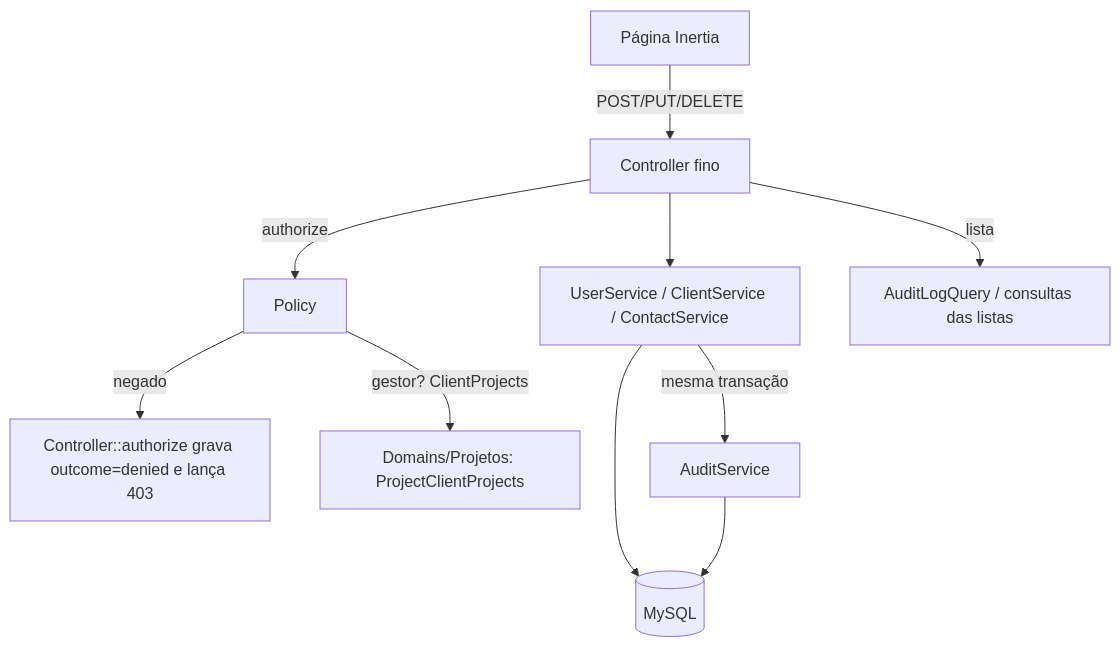
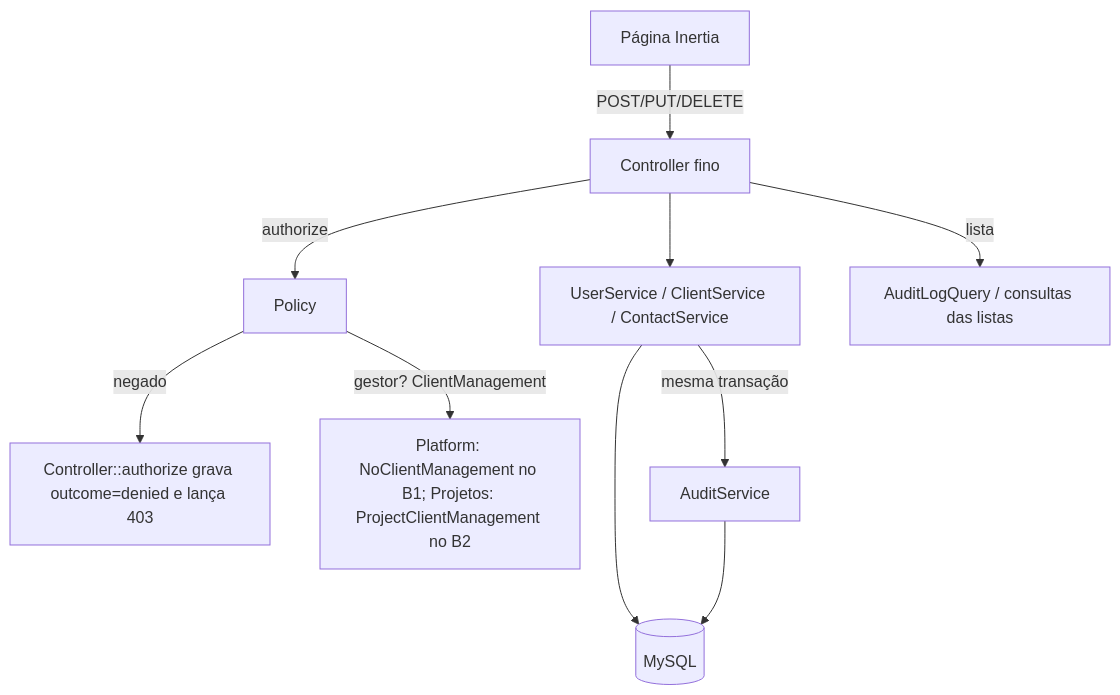
One commit to WCJ-Tecnologia/wcj-hub changed the diagram in .specs/features/b1-nucleo/design.md. Above: the diagram before and after it, drawn with Mermaid. The commit also changed other lines of this file and 4 other files, not shown here.

First line of the commit message:
docs(spec): design, AGENTS e estado do B1 com o contrato ClientManagement

````diff
--- a/.specs/features/b1-nucleo/design.md
+++ b/.specs/features/b1-nucleo/design.md
@@ -12,12 +12,12 @@
 ```mermaid
 graph TD
     UI[Página Inertia] -->|POST/PUT/DELETE| C[Controller fino]
     C -->|authorize| P[Policy]
     P -->|negado| D[Controller::authorize grava outcome=denied e lança 403]
-    P -->|gestor? ClientProjects| M[Domains/Projetos: ProjectClientProjects]
+    P -->|gestor? ClientManagement| M[Platform: NoClientManagement no B1; Projetos: ProjectClientManagement no B2]
     C --> S[UserService / ClientService / ContactService]
     S -->|mesma transação| A[AuditService]
     S --> DB[(MySQL)]
     A --> DB
     C -->|lista| Q[AuditLogQuery / consultas das listas]
 ```
````
